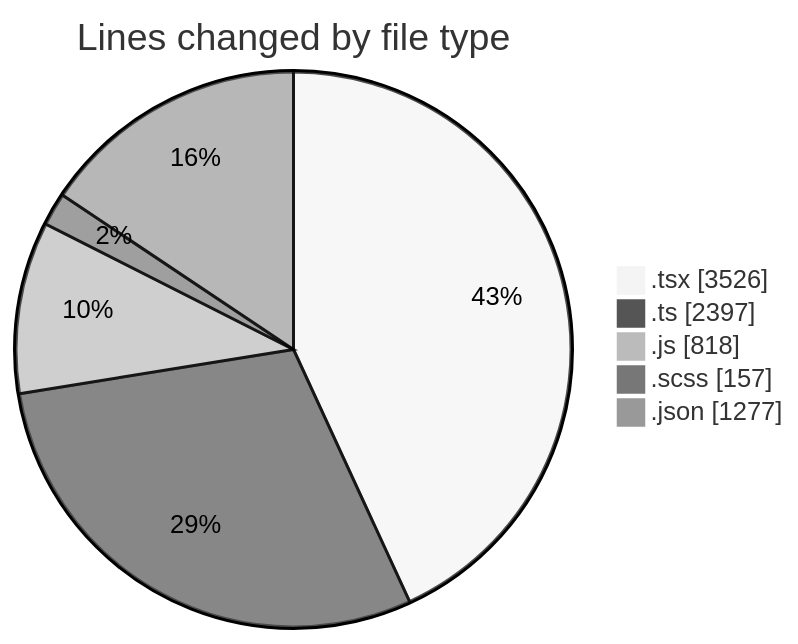
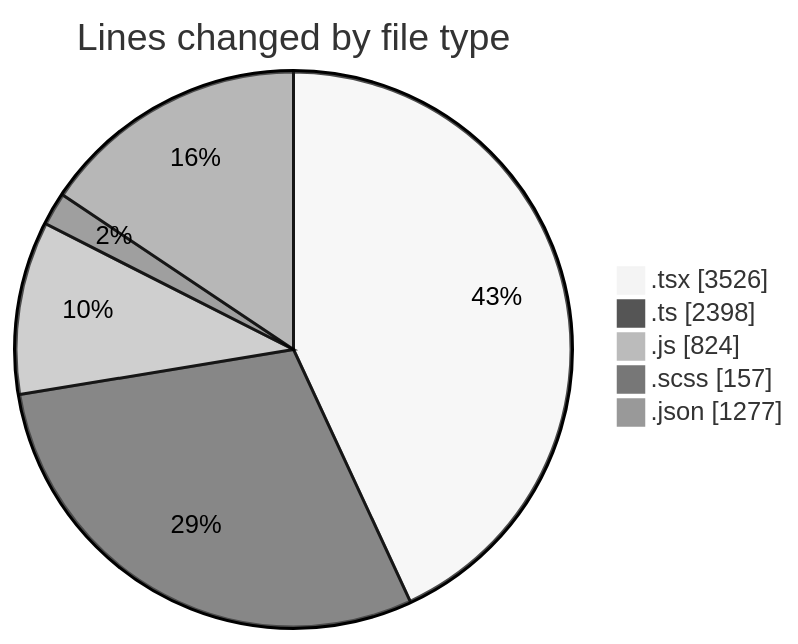
The first of 2 diagrams in 2026-06-15/cda/README.md (momahboobian/code-tracking), drawn with Mermaid (neutral theme) before and after one commit. The commit also changed other lines of this file and 1 other file, not shown here.

````diff
--- a/2026-06-15/cda/README.md
+++ b/2026-06-15/cda/README.md
@@ -67,9 +67,9 @@
 ```mermaid
 pie showData
 title Lines changed by file type
 ".tsx" : 3526
-".ts" : 2397
-".js" : 818
+".ts" : 2398
+".js" : 824
 ".scss" : 157
 ".json" : 1277
 ```
````
